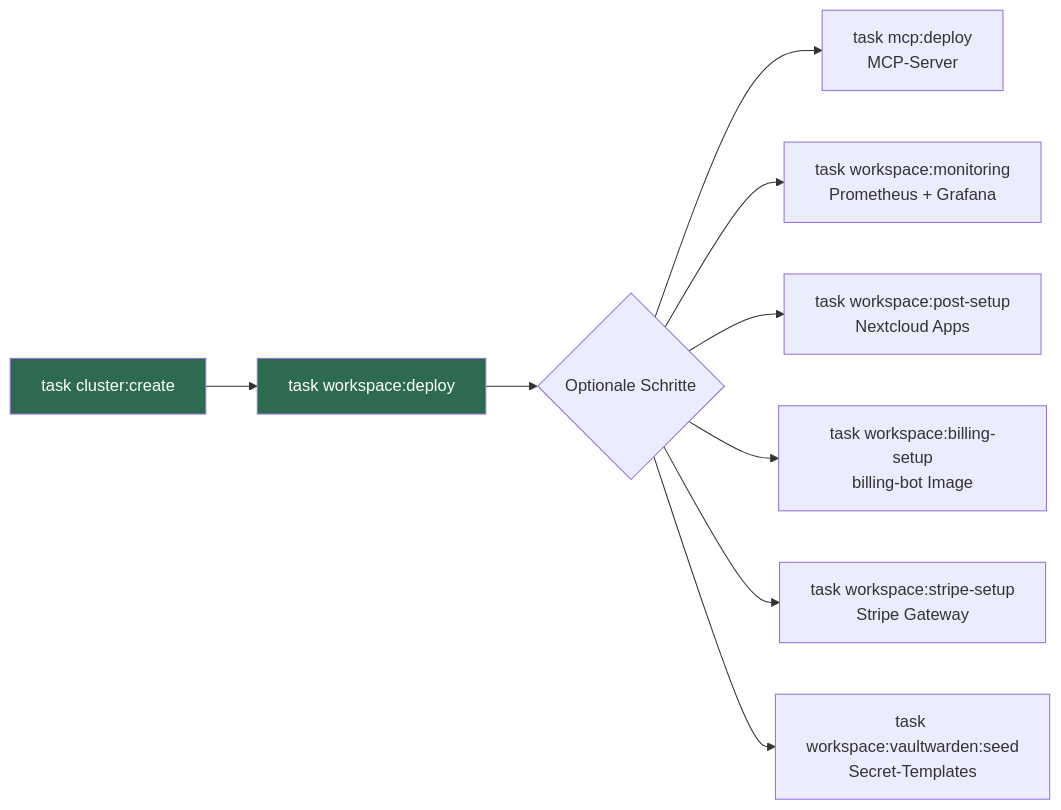
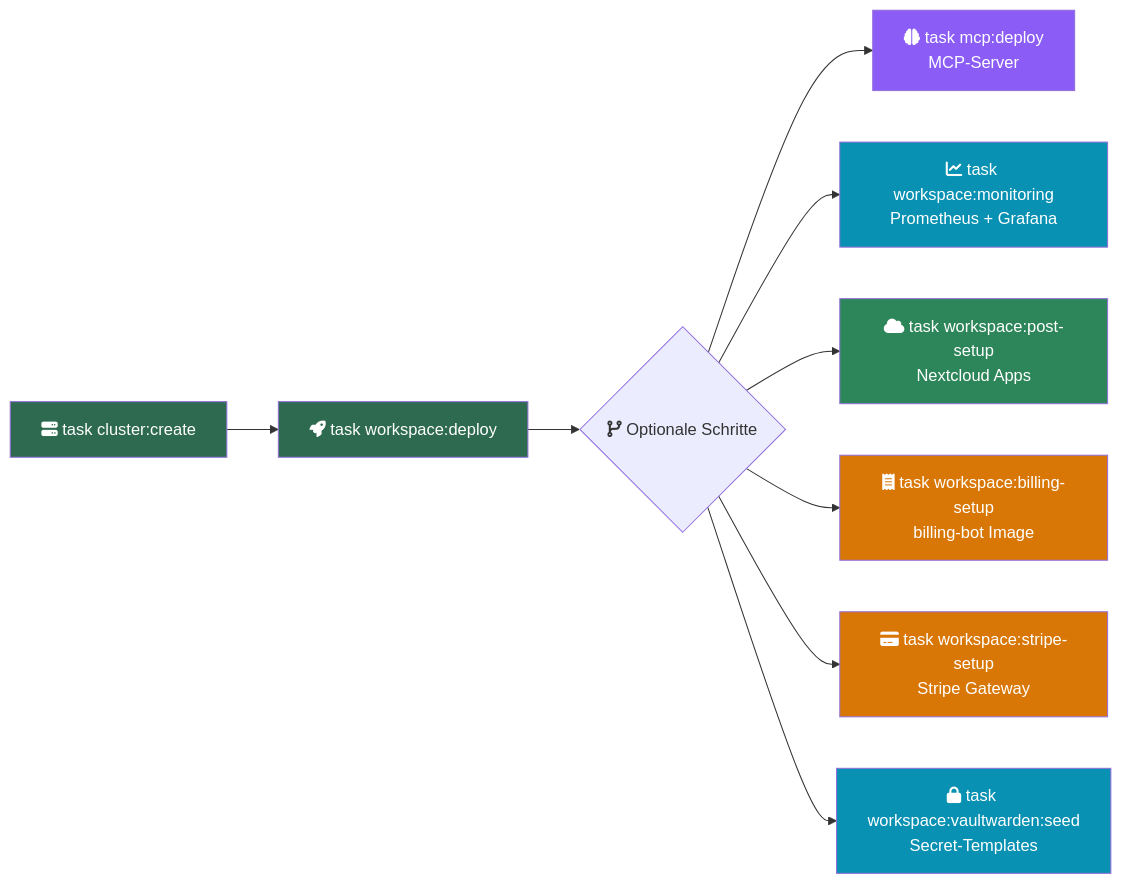
One commit to Paddione/Bachelorprojekt changed the third of 3 diagrams in README.md. Above: the diagram before and after it, drawn with Mermaid. The commit also changed other lines of this file and 19 other files, not shown here.

````diff
--- a/README.md
+++ b/README.md
@@ -149,14 +175,20 @@
 ```mermaid
 flowchart LR
-    A[task cluster:create] --> B[task workspace:deploy]
-    B --> C{Optionale Schritte}
-    C --> D[task mcp:deploy<br/>MCP-Server]
-    C --> E[task workspace:monitoring<br/>Prometheus + Grafana]
-    C --> F[task workspace:post-setup<br/>Nextcloud Apps]
-    C --> G[task workspace:billing-setup<br/>billing-bot Image]
-    C --> H[task workspace:stripe-setup<br/>Stripe Gateway]
-    C --> I[task workspace:vaultwarden:seed<br/>Secret-Templates]
+    A["fa:fa-server task cluster:create"] --> B["fa:fa-rocket task workspace:deploy"]
+    B --> C{"fa:fa-code-branch Optionale Schritte"}
+    C --> D["fa:fa-brain task mcp:deploy<br/>MCP-Server"]
+    C --> E["fa:fa-chart-line task workspace:monitoring<br/>Prometheus + Grafana"]
+    C --> F["fa:fa-cloud task workspace:post-setup<br/>Nextcloud Apps"]
+    C --> G["fa:fa-receipt task workspace:billing-setup<br/>billing-bot Image"]
+    C --> H["fa:fa-credit-card task workspace:stripe-setup<br/>Stripe Gateway"]
+    C --> I["fa:fa-lock task workspace:vaultwarden:seed<br/>Secret-Templates"]
 
     style A fill:#2d6a4f,color:#fff
     style B fill:#2d6a4f,color:#fff
+    style D fill:#8b5cf6,color:#fff
+    style E fill:#0891b2,color:#fff
+    style F fill:#2d8659,color:#fff
+    style G fill:#d97706,color:#fff
+    style H fill:#d97706,color:#fff
+    style I fill:#0891b2,color:#fff
 ```
````
